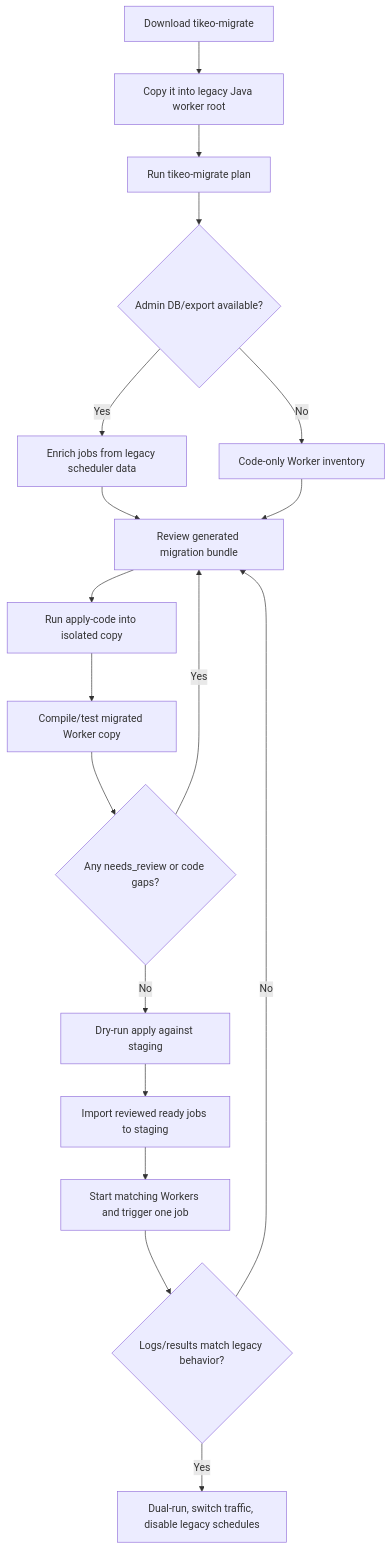
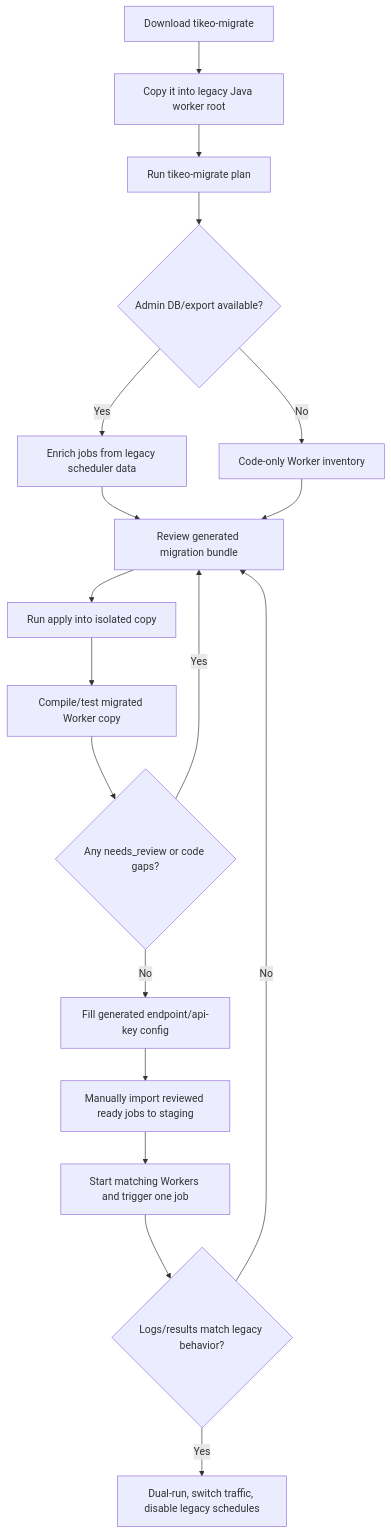
The diagram in README.md (yhyzgn/tikeo), drawn with Mermaid before and after one commit. The commit also changed other lines of this file and 22 other files, not shown here.

Commit message:
fix: simplify migration apply flow

````diff
--- a/README.md
+++ b/README.md
@@ -268,20 +268,20 @@
 ```mermaid
 flowchart TD
   A[Download tikeo-migrate] --> B[Copy it into legacy Java worker root]
   B --> C[Run tikeo-migrate plan]
   C --> D{Admin DB/export available?}
   D -- Yes --> E[Enrich jobs from legacy scheduler data]
   D -- No --> F[Code-only Worker inventory]
   E --> G[Review generated migration bundle]
   F --> G
-  G --> H[Run apply-code into isolated copy]
+  G --> H[Run apply into isolated copy]
   H --> I[Compile/test migrated Worker copy]
   I --> J{Any needs_review or code gaps?}
   J -- Yes --> G
-  J -- No --> K[Dry-run apply against staging]
-  K --> L[Import reviewed ready jobs to staging]
+  J -- No --> K[Fill generated endpoint/api-key config]
+  K --> L[Manually import reviewed ready jobs to staging]
   L --> M[Start matching Workers and trigger one job]
   M --> N{Logs/results match legacy behavior?}
   N -- No --> G
   N -- Yes --> O[Dual-run, switch traffic, disable legacy schedules]
 ```
````
